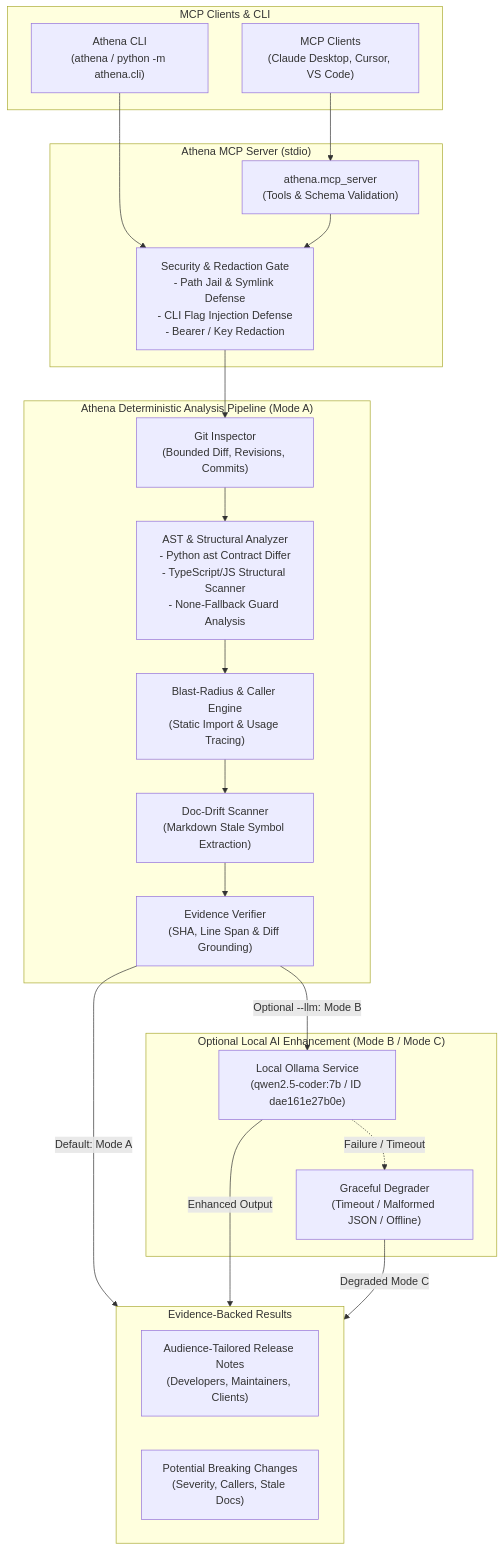
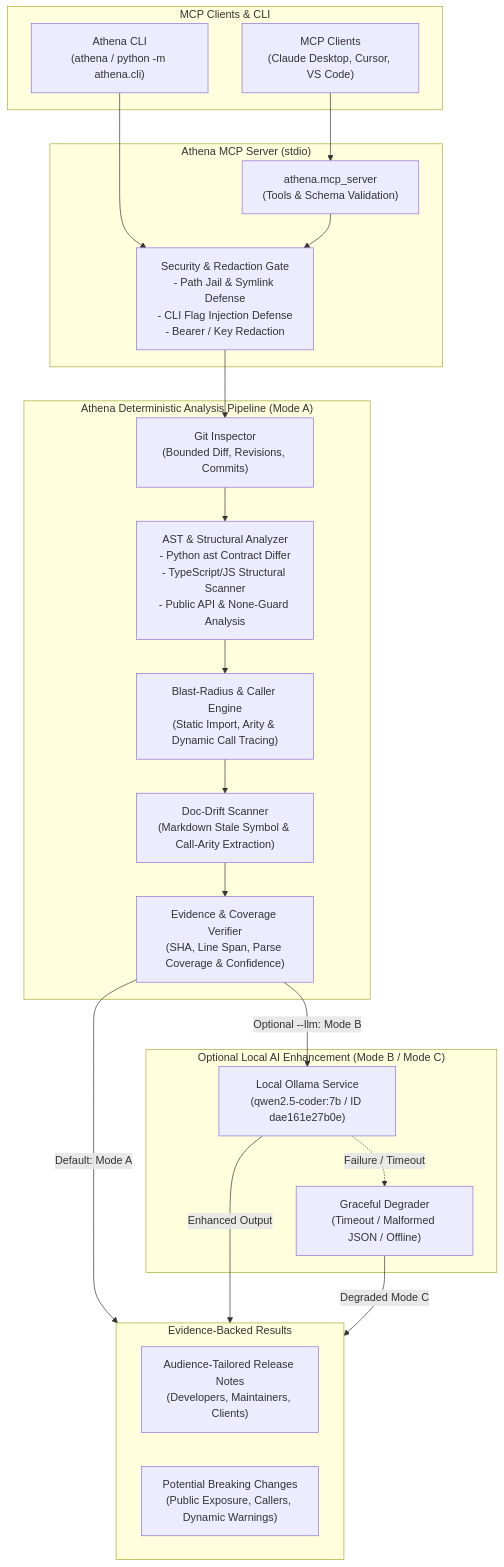
The diagram in README.md (Gh0stlyKn1ght/athena), drawn with Mermaid before and after one commit. The commit also changed other lines of this file and 11 other files, not shown here.

Commit message:
feat(v1.0.0): add public API exposure flag, dynamic call detection, coverage confidence score, CI audit workflow, and BUG-014..019 fixes

````diff
--- a/README.md
+++ b/README.md
@@ -24,45 +27,45 @@
 ```mermaid
 flowchart TD
     subgraph Client["MCP Clients & CLI"]
         CLI["Athena CLI\n(athena / python -m athena.cli)"]
         IDE["MCP Clients\n(Claude Desktop, Cursor, VS Code)"]
     end
 
     subgraph Server["Athena MCP Server (stdio)"]
         MCP["athena.mcp_server\n(Tools & Schema Validation)"]
         SEC["Security & Redaction Gate\n- Path Jail & Symlink Defense\n- CLI Flag Injection Defense\n- Bearer / Key Redaction"]
     end
 
     subgraph Pipeline["Athena Deterministic Analysis Pipeline (Mode A)"]
         GIT["Git Inspector\n(Bounded Diff, Revisions, Commits)"]
-        AST["AST & Structural Analyzer\n- Python ast Contract Differ\n- TypeScript/JS Structural Scanner\n- None-Fallback Guard Analysis"]
-        BLAST["Blast-Radius & Caller Engine\n(Static Import & Usage Tracing)"]
-        DRIFT["Doc-Drift Scanner\n(Markdown Stale Symbol Extraction)"]
-        VERIFY["Evidence Verifier\n(SHA, Line Span & Diff Grounding)"]
+        AST["AST & Structural Analyzer\n- Python ast Contract Differ\n- TypeScript/JS Structural Scanner\n- Public API & None-Guard Analysis"]
+        BLAST["Blast-Radius & Caller Engine\n(Static Import, Arity & Dynamic Call Tracing)"]
+        DRIFT["Doc-Drift Scanner\n(Markdown Stale Symbol & Call-Arity Extraction)"]
+        VERIFY["Evidence & Coverage Verifier\n(SHA, Line Span, Parse Coverage & Confidence)"]
     end
 
     subgraph OptionalAI["Optional Local AI Enhancement (Mode B / Mode C)"]
         OLLAMA["Local Ollama Service\n(qwen2.5-coder:7b / ID dae161e27b0e)"]
         FALLBACK["Graceful Degrader\n(Timeout / Malformed JSON / Offline)"]
     end
 
     subgraph Output["Evidence-Backed Results"]
         REPORT["Audience-Tailored Release Notes\n(Developers, Maintainers, Clients)"]
-        BREAK["Potential Breaking Changes\n(Severity, Callers, Stale Docs)"]
+        BREAK["Potential Breaking Changes\n(Public Exposure, Callers, Dynamic Warnings)"]
     end
 
     CLI --> SEC
     IDE --> MCP
     MCP --> SEC
     SEC --> GIT
     GIT --> AST
     AST --> BLAST
     BLAST --> DRIFT
     DRIFT --> VERIFY
 
     VERIFY -->|Default: Mode A| Output
     VERIFY -->|Optional --llm: Mode B| OLLAMA
     OLLAMA -->|Enhanced Output| Output
     OLLAMA -.->|Failure / Timeout| FALLBACK
     FALLBACK -->|Degraded Mode C| Output
 ```
````
